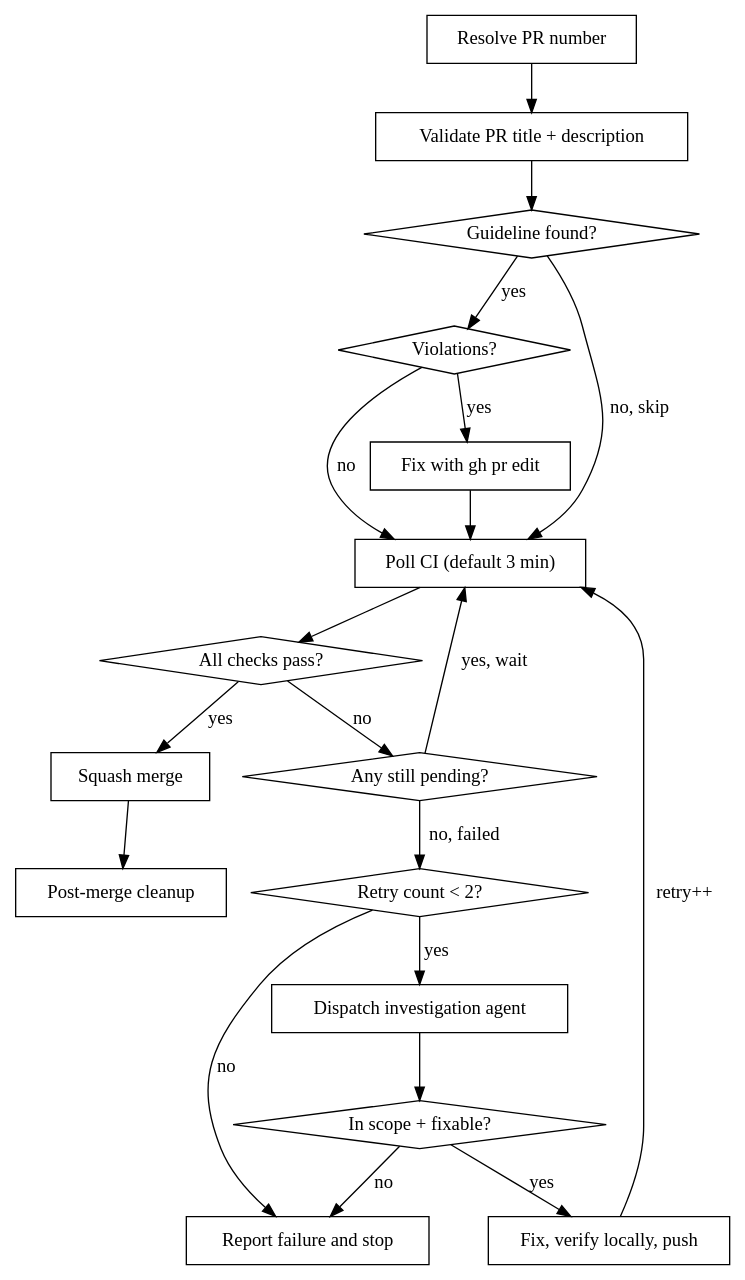
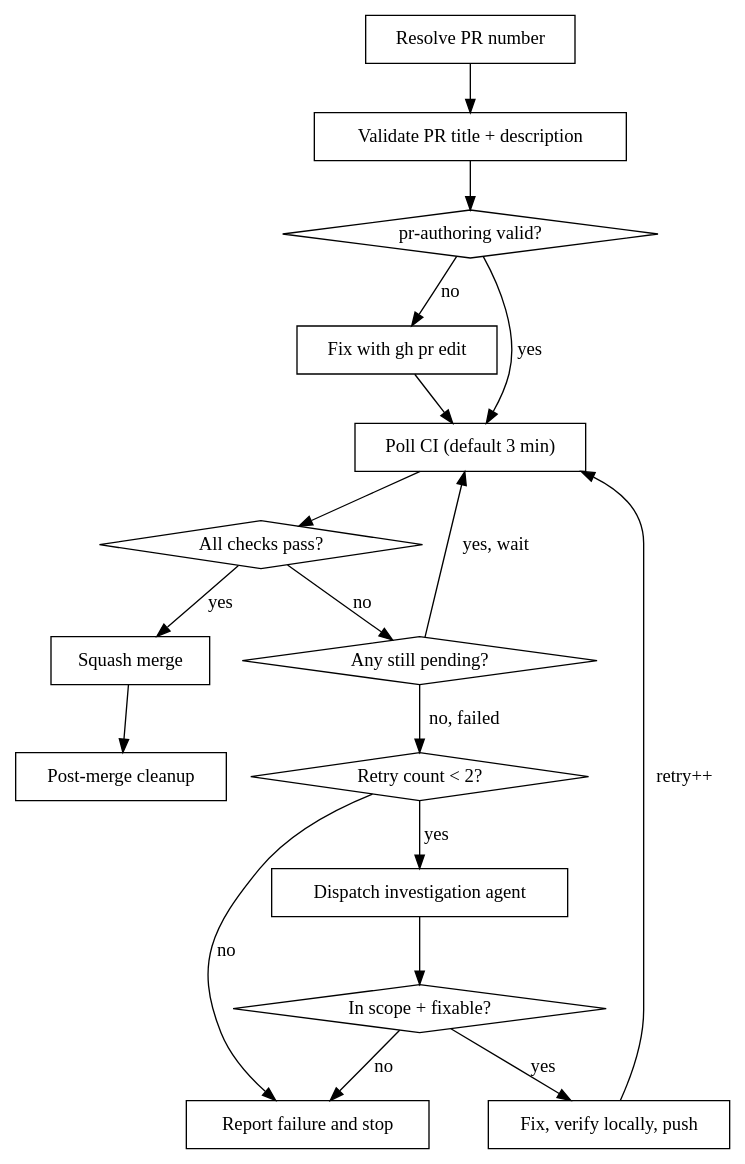
The diagram in skills/pr-merge/SKILL.md (ryumiel/devcanon), drawn with Graphviz before and after one commit. The commit also changed other lines of this file and 12 other files, not shown here.

````diff
--- a/skills/pr-merge/SKILL.md
+++ b/skills/pr-merge/SKILL.md
@@ -12,40 +12,37 @@
 ```dot
 digraph pr_merge {
     rankdir=TB;
     "Resolve PR number" [shape=box];
     "Validate PR title + description" [shape=box];
-    "Guideline found?" [shape=diamond];
-    "Violations?" [shape=diamond];
+    "pr-authoring valid?" [shape=diamond];
     "Fix with gh pr edit" [shape=box];
     "Poll CI (default 3 min)" [shape=box];
     "All checks pass?" [shape=diamond];
     "Any still pending?" [shape=diamond];
     "Squash merge" [shape=box];
     "Post-merge cleanup" [shape=box];
     "Retry count < 2?" [shape=diamond];
     "Dispatch investigation agent" [shape=box];
     "In scope + fixable?" [shape=diamond];
     "Fix, verify locally, push" [shape=box];
     "Report failure and stop" [shape=box];
 
     "Resolve PR number" -> "Validate PR title + description";
-    "Validate PR title + description" -> "Guideline found?";
-    "Guideline found?" -> "Violations?" [label="yes"];
-    "Guideline found?" -> "Poll CI (default 3 min)" [label="no, skip"];
-    "Violations?" -> "Fix with gh pr edit" [label="yes"];
-    "Violations?" -> "Poll CI (default 3 min)" [label="no"];
+    "Validate PR title + description" -> "pr-authoring valid?";
+    "pr-authoring valid?" -> "Fix with gh pr edit" [label="no"];
+    "pr-authoring valid?" -> "Poll CI (default 3 min)" [label="yes"];
     "Fix with gh pr edit" -> "Poll CI (default 3 min)";
     "Poll CI (default 3 min)" -> "All checks pass?" ;
     "All checks pass?" -> "Squash merge" [label="yes"];
     "Squash merge" -> "Post-merge cleanup";
     "All checks pass?" -> "Any still pending?" [label="no"];
     "Any still pending?" -> "Poll CI (default 3 min)" [label="yes, wait"];
     "Any still pending?" -> "Retry count < 2?" [label="no, failed"];
     "Retry count < 2?" -> "Dispatch investigation agent" [label="yes"];
     "Retry count < 2?" -> "Report failure and stop" [label="no"];
     "Dispatch investigation agent" -> "In scope + fixable?";
     "In scope + fixable?" -> "Fix, verify locally, push" [label="yes"];
     "In scope + fixable?" -> "Report failure and stop" [label="no"];
     "Fix, verify locally, push" -> "Poll CI (default 3 min)" [label="retry++"];
 }
 ```
````
